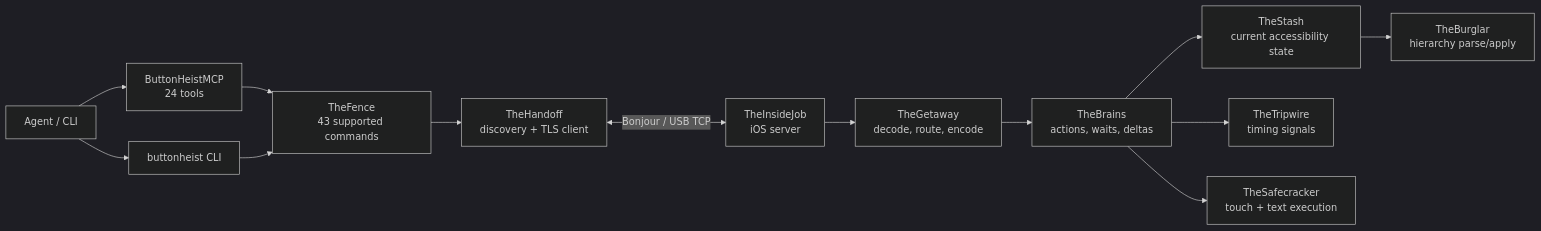
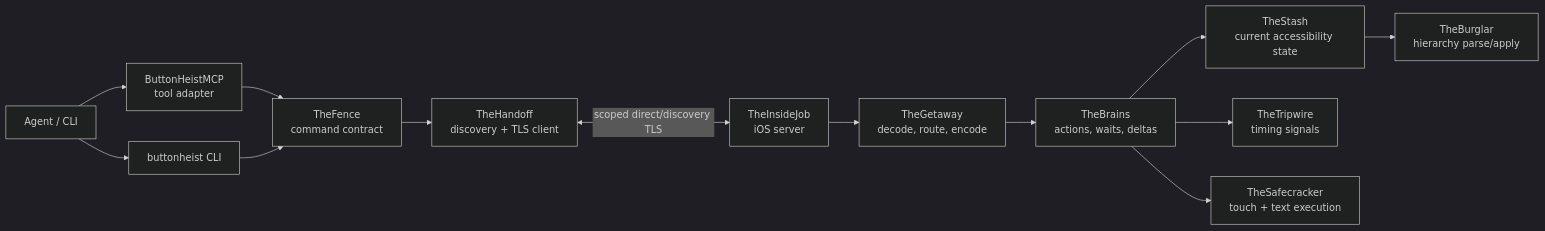
The diagram in docs/ARCHITECTURE.md (RoyalPineapple/TheButtonHeist), drawn with Mermaid (dark theme) before and after one commit. The commit also changed other lines of this file and 50 other files, not shown here.

````diff
--- a/docs/ARCHITECTURE.md
+++ b/docs/ARCHITECTURE.md
@@ -80,15 +79,15 @@
 ```mermaid
 flowchart LR
-    Agent["Agent / CLI"] --> MCP["ButtonHeistMCP<br/>24 tools"]
+    Agent["Agent / CLI"] --> MCP["ButtonHeistMCP<br/>tool adapter"]
     Agent --> CLI["buttonheist CLI"]
-    MCP --> Fence["TheFence<br/>43 supported commands"]
+    MCP --> Fence["TheFence<br/>command contract"]
     CLI --> Fence
     Fence --> Handoff["TheHandoff<br/>discovery + TLS client"]
-    Handoff <-->|"Bonjour / USB TCP"| Inside["TheInsideJob<br/>iOS server"]
+    Handoff <-->|"scoped direct/discovery TLS"| Inside["TheInsideJob<br/>iOS server"]
     Inside --> Getaway["TheGetaway<br/>decode, route, encode"]
     Getaway --> Brains["TheBrains<br/>actions, waits, deltas"]
     Brains --> Stash["TheStash<br/>current accessibility state"]
     Brains --> Tripwire["TheTripwire<br/>timing signals"]
     Brains --> Safecracker["TheSafecracker<br/>touch + text execution"]
     Stash --> Burglar["TheBurglar<br/>hierarchy parse/apply"]
 ```
````
